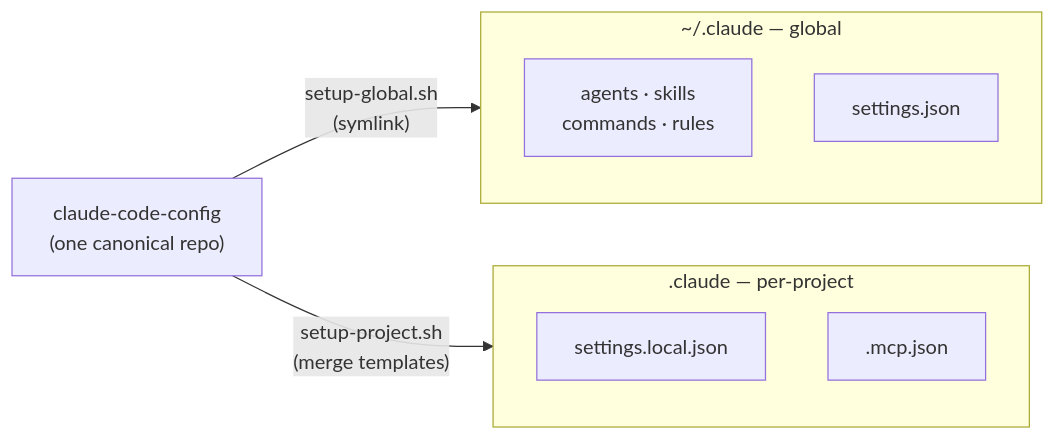
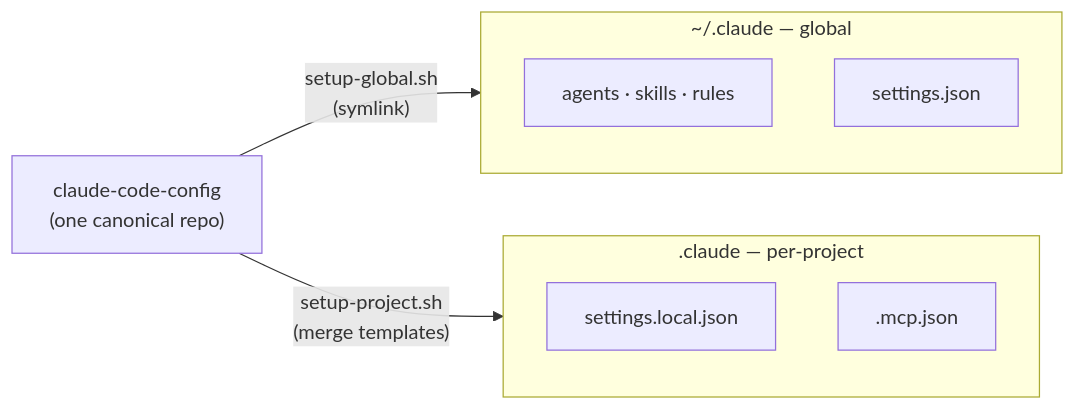
One commit to edjchapman/claude-code-config changed the diagram in README.md. Above: the diagram before and after it, drawn with Mermaid. The commit also changed other lines of this file and 22 other files, not shown here.

````diff
--- a/README.md
+++ b/README.md
@@ -49,16 +49,16 @@
 ```mermaid
 flowchart LR
   repo["claude-code-config<br/>(one canonical repo)"]
   subgraph Global["~/.claude — global"]
     direction TB
-    a["agents · skills<br/>commands · rules"]
+    a["agents · skills · rules"]
     set["settings.json"]
   end
   subgraph Proj[".claude — per-project"]
     direction TB
     sl["settings.local.json"]
     mcp[".mcp.json"]
   end
   repo -- "setup-global.sh<br/>(symlink)" --> Global
   repo -- "setup-project.sh<br/>(merge templates)" --> Proj
 ```
````
